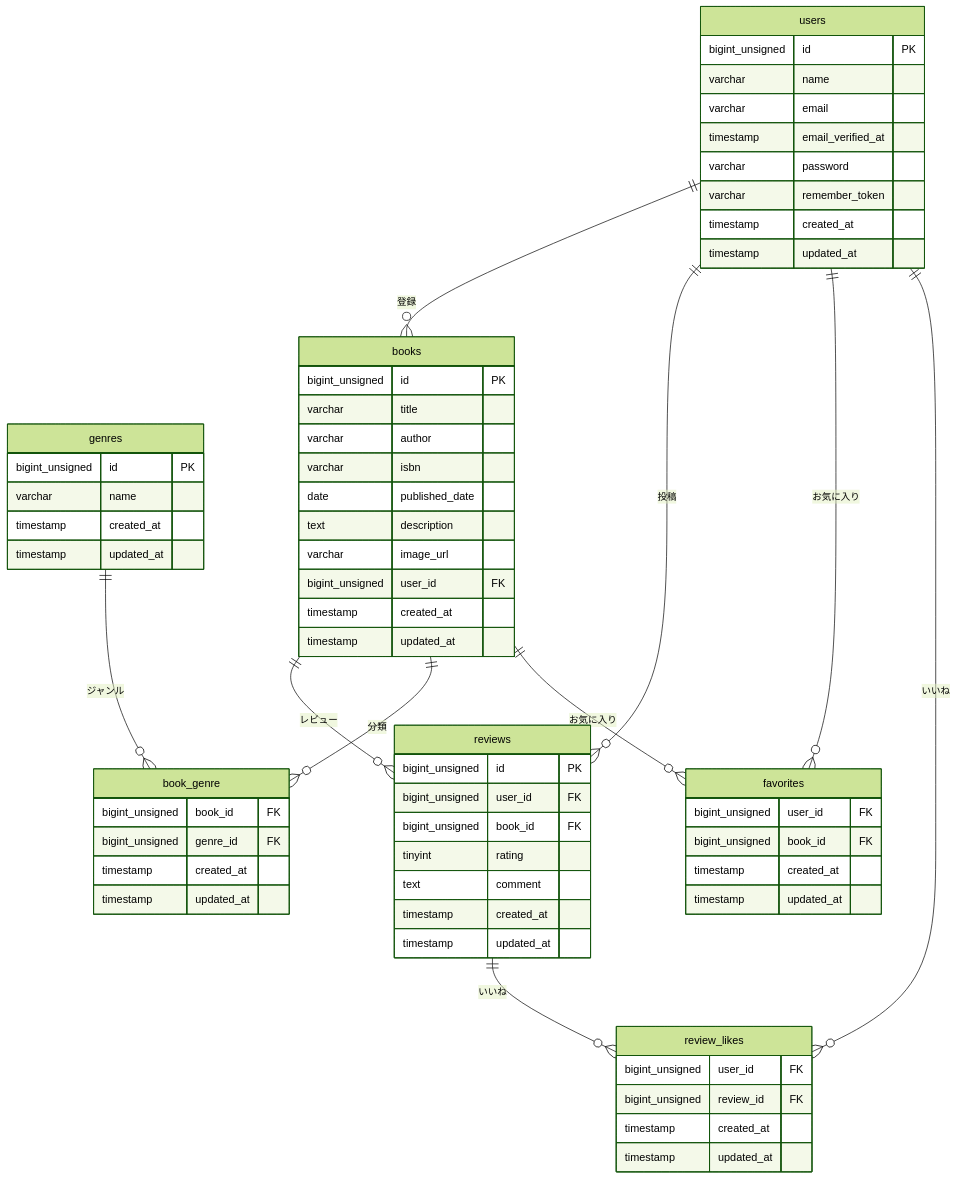
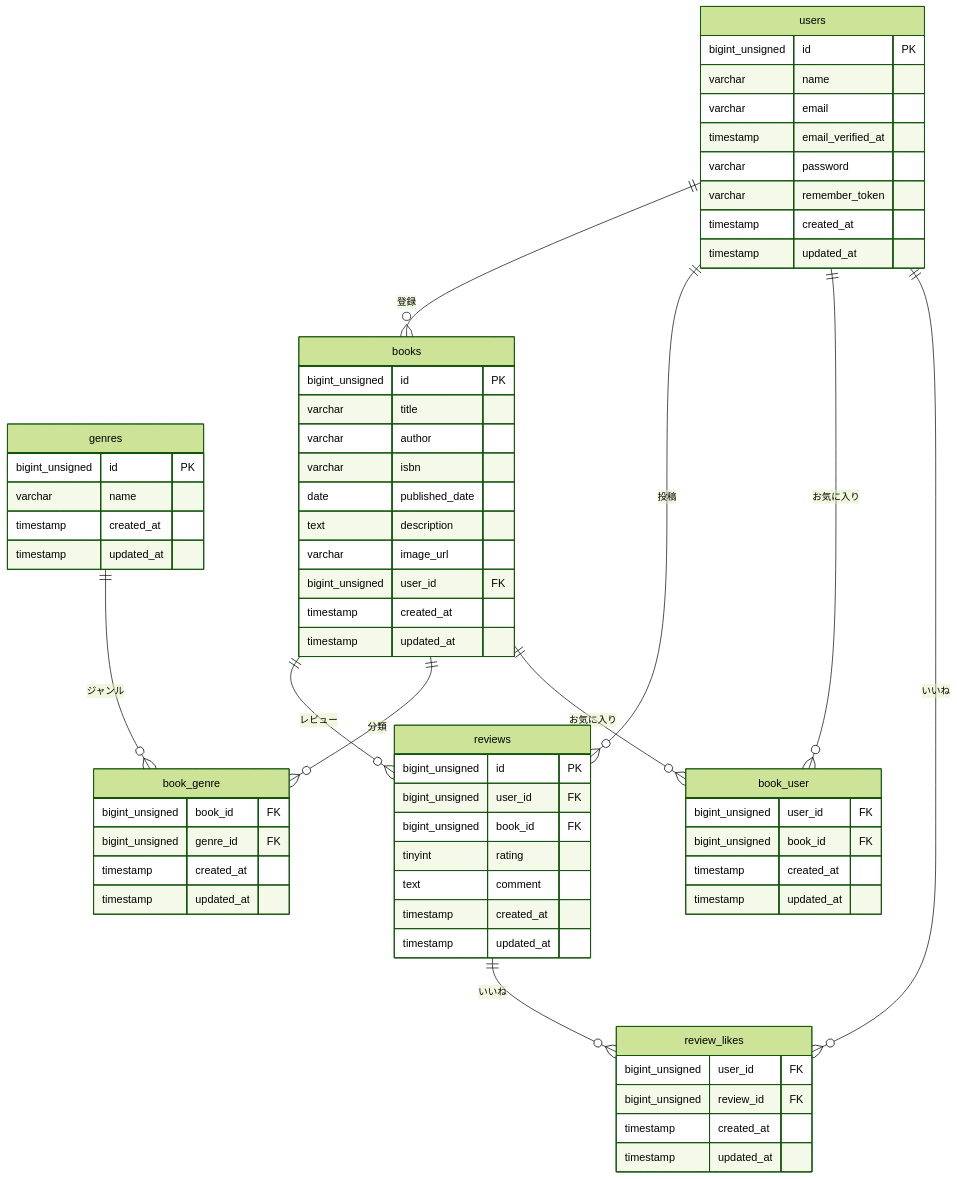
One commit to osakana-works/bookshelf-review-app changed the diagram in README.md. Above: the diagram before and after it, drawn with Mermaid (forest theme). The commit also changed 6 other files, not shown here.

````diff
--- a/README.md
+++ b/README.md
@@ -1,68 +1,68 @@
 ```mermaid
 erDiagram
   users {
     bigint_unsigned id PK
     varchar name
     varchar email
     timestamp email_verified_at
     varchar password
     varchar remember_token
     timestamp created_at
     timestamp updated_at
   }
   genres {
     bigint_unsigned id PK
     varchar name
     timestamp created_at
     timestamp updated_at
   }
   books {
     bigint_unsigned id PK
     varchar title
     varchar author
     varchar isbn
     date published_date
     text description
     varchar image_url
     bigint_unsigned user_id FK
     timestamp created_at
     timestamp updated_at
   }
   reviews {
     bigint_unsigned id PK
     bigint_unsigned user_id FK
     bigint_unsigned book_id FK
     tinyint rating
     text comment
     timestamp created_at
     timestamp updated_at
   }
   book_genre {
     bigint_unsigned book_id FK
     bigint_unsigned genre_id FK
     timestamp created_at
     timestamp updated_at
   }
-  favorites {
-    bigint_unsigned user_id FK
-    bigint_unsigned book_id FK
-    timestamp created_at
-    timestamp updated_at
+  book_user {
+      bigint_unsigned user_id FK
+      bigint_unsigned book_id FK
+      timestamp created_at
+      timestamp updated_at
   }
   review_likes {
     bigint_unsigned user_id FK
     bigint_unsigned review_id FK
     timestamp created_at
     timestamp updated_at
   }
 
   users ||--o{ books : "登録"
   users ||--o{ reviews : "投稿"
-  users ||--o{ favorites : "お気に入り"
+  users ||--o{ book_user : "お気に入り"
   users ||--o{ review_likes : "いいね"
   books ||--o{ reviews : "レビュー"
   books ||--o{ book_genre : "分類"
-  books ||--o{ favorites : "お気に入り"
+  books ||--o{ book_user : "お気に入り"
   genres ||--o{ book_genre : "ジャンル"
   reviews ||--o{ review_likes : "いいね"
 ```
````
